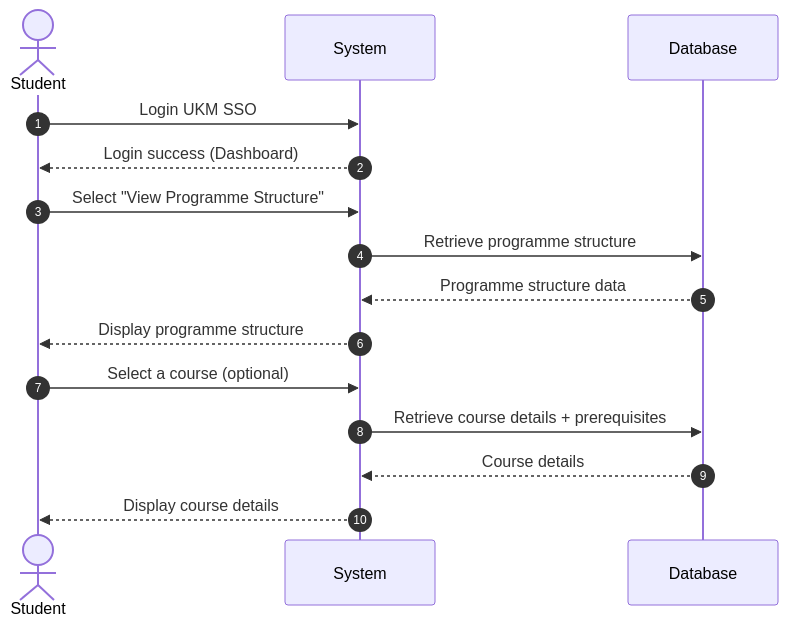
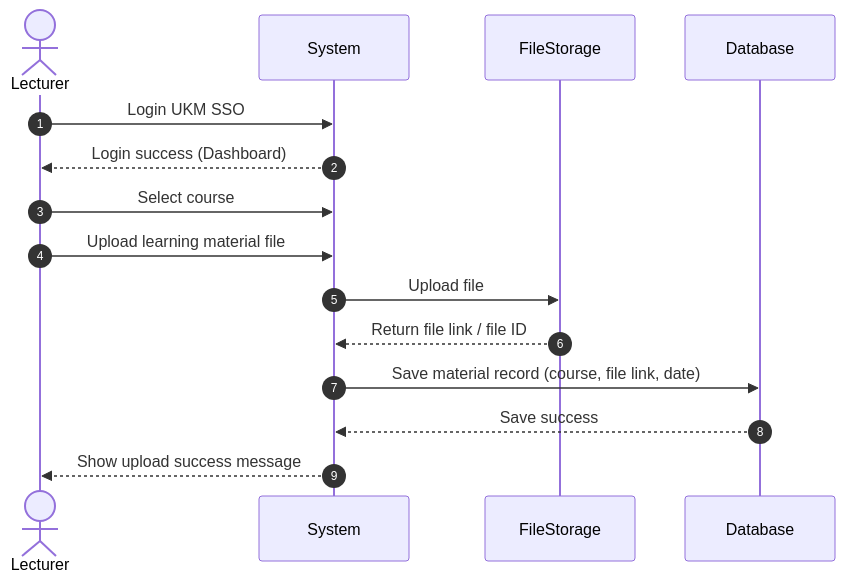
One commit to Lifantastic-O/iodraw-files changed the diagram in all/未命名-1.md. Above: the diagram before and after it, drawn with Mermaid.

Commit message:
2025-12-17 23:23:23 update

````diff
--- a/all/未命名-1.md
+++ b/all/未命名-1.md
@@ -1,21 +1,21 @@
 ```mermaid
 sequenceDiagram
 autonumber
-actor Student
+actor Lecturer
 participant System
+participant Storage as FileStorage
 participant DB as Database
 
-Student->>System: Login UKM SSO
-System-->>Student: Login success (Dashboard)
+Lecturer->>System: Login UKM SSO
+System-->>Lecturer: Login success (Dashboard)
 
-Student->>System: Select "View Programme Structure"
-System->>DB: Retrieve programme structure
-DB-->>System: Programme structure data
-System-->>Student: Display programme structure
+Lecturer->>System: Select course
+Lecturer->>System: Upload learning material file
+System->>Storage: Upload file
+Storage-->>System: Return file link / file ID
 
-Student->>System: Select a course (optional)
-System->>DB: Retrieve course details + prerequisites
-DB-->>System: Course details
-System-->>Student: Display course details
+System->>DB: Save material record (course, file link, date)
+DB-->>System: Save success
+System-->>Lecturer: Show upload success message
 
 ```
````
